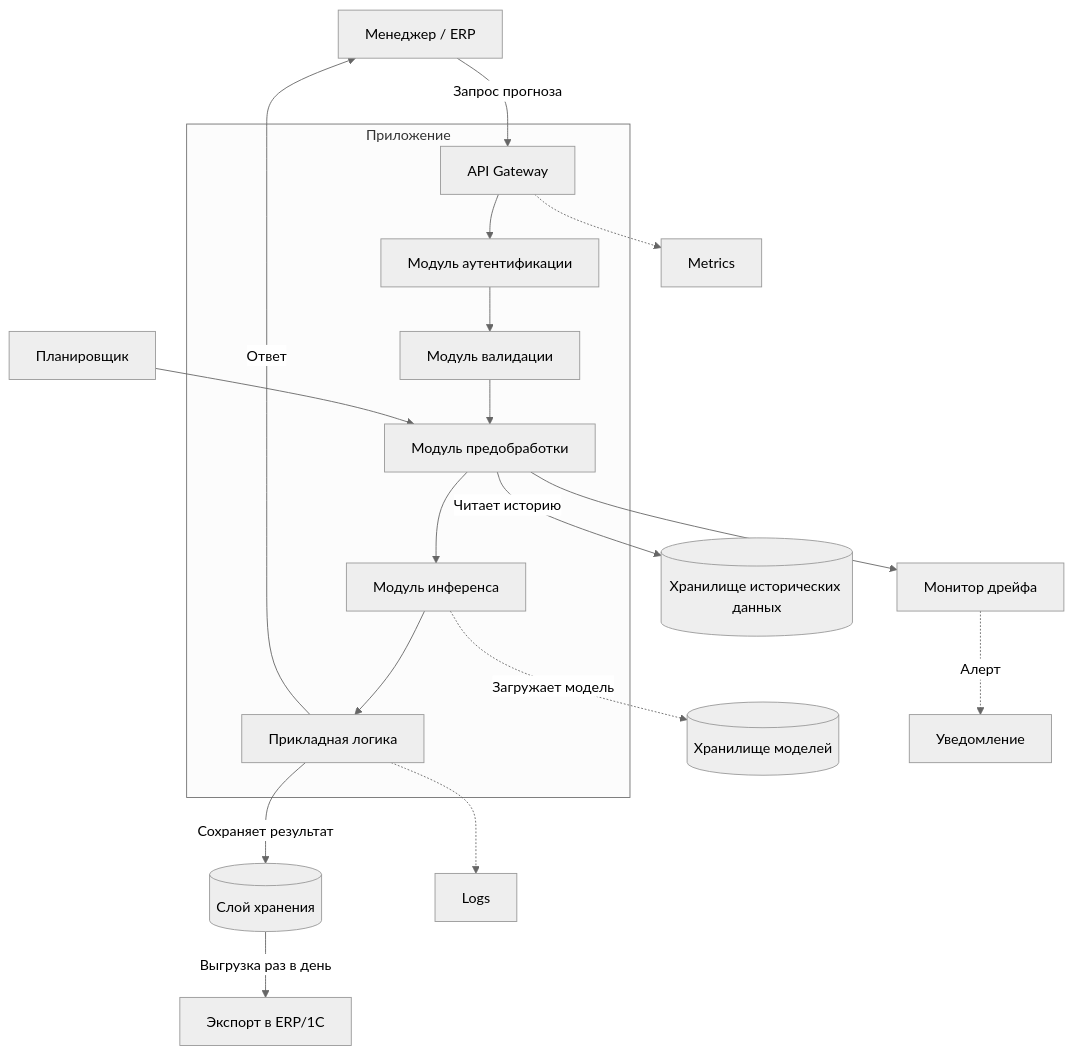
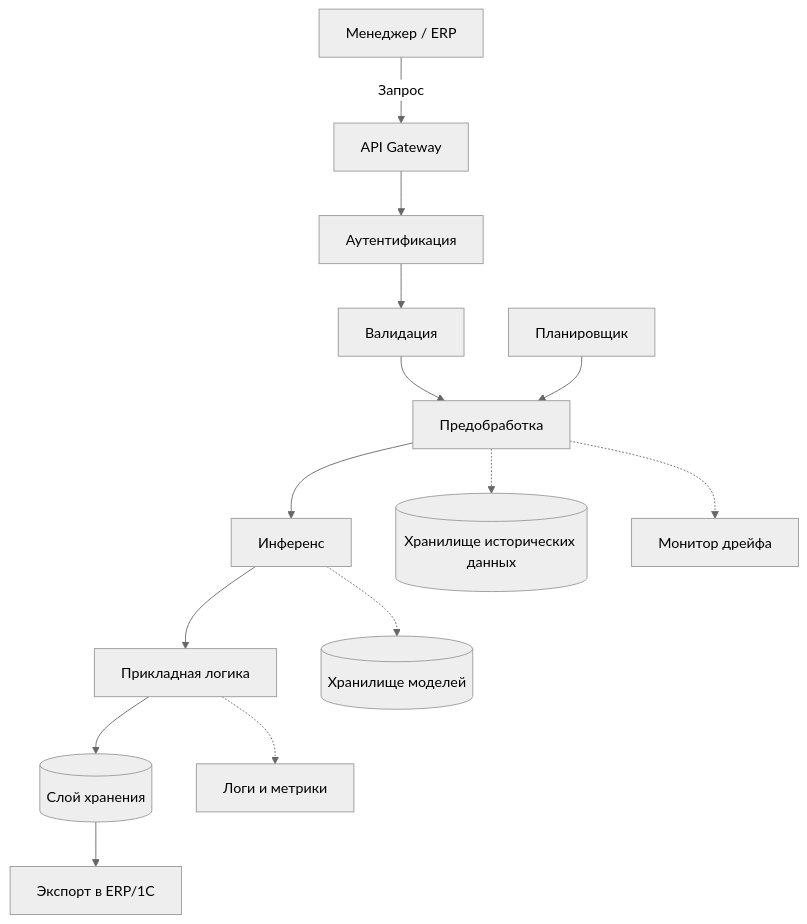
One commit to YanaV0/ai-system-demand-price-forecasting changed the second of 2 diagrams in README.md. Above: the diagram before and after it, drawn with Mermaid (neutral theme). The commit also changed other lines of this file, not shown here.

````diff
--- a/README.md
+++ b/README.md
@@ -127,27 +127,17 @@
 ```mermaid
 flowchart TB
-    Client[Менеджер / ERP] -->|Запрос прогноза| API[API Gateway]
-
-    subgraph App [Приложение]
-        API --> Auth[Модуль аутентификации]
-        Auth --> Validator[Модуль валидации]
-        Validator --> Features[Модуль предобработки]
-        Features --> Forecast[Модуль инференса]
-        Forecast --> Logic[Прикладная логика]
-    end
+    Client[Менеджер / ERP] -->|Запрос| API[API Gateway]
+    API --> Auth[Аутентификация]
+    Auth --> Validator[Валидация]
+    Validator --> Features[Предобработка]
+    Features --> Forecast[Инференс]
+    Forecast --> Logic[Прикладная логика]
+    Logic --> DB[(Слой хранения)]
+    DB --> ERP[Экспорт в ERP/1C]
 
     Cron[Планировщик] --> Features
-
-    Forecast -.->|Загружает модель| ModelStore[(Хранилище моделей)]
-    Logic -->|Сохраняет результат| DB[(Слой хранения)]
-    Features -->|Читает историю| DWH[(Хранилище исторических данных)]
-
-    Features --> Drift[Монитор дрейфа]
-    Drift -.->|Алерт| Alert[Уведомление]
-
-    API -.-> Metrics
-    Logic -.-> Logs
-
-    Logic -->|Ответ| Client
-    DB -->|Выгрузка раз в день| ERP[Экспорт в ERP/1C]
+    Forecast -.-> ModelStore[(Хранилище моделей)]
+    Features -.-> DWH[(Хранилище исторических данных)]
+    Features -.-> Drift[Монитор дрейфа]
+    Logic -.-> Metrics[Логи и метрики]
 ```
````
